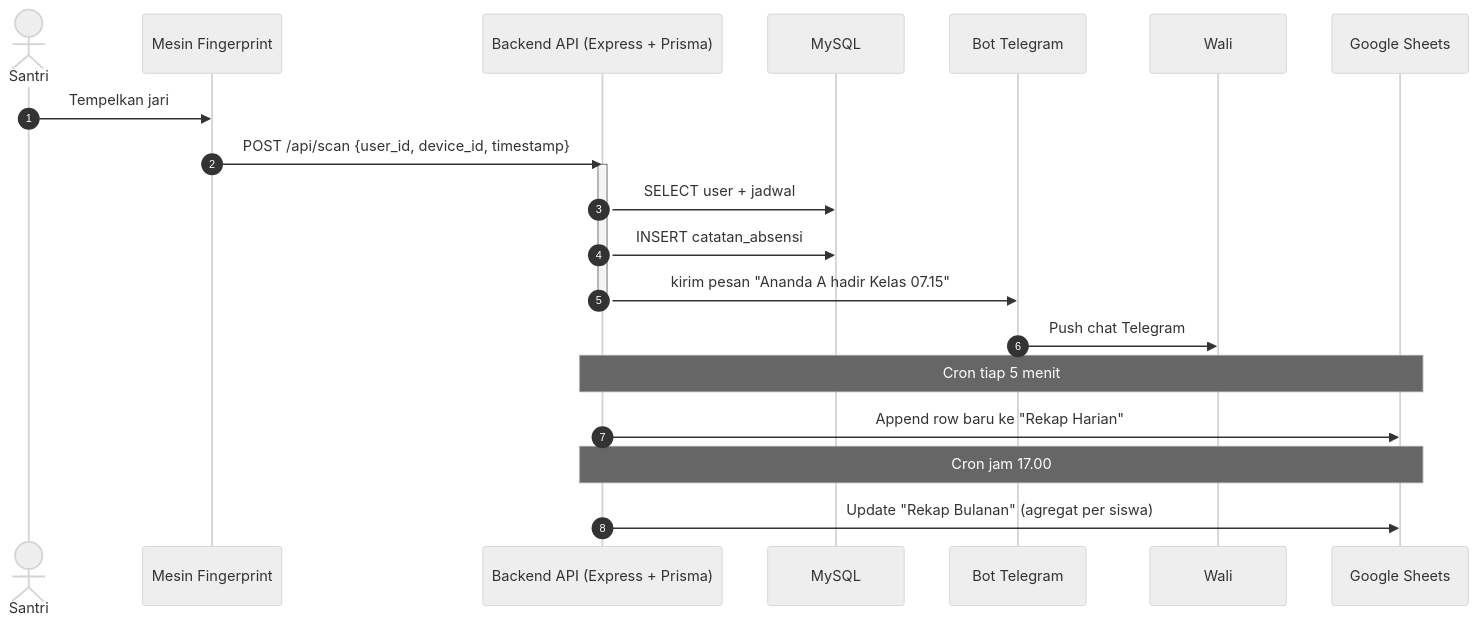
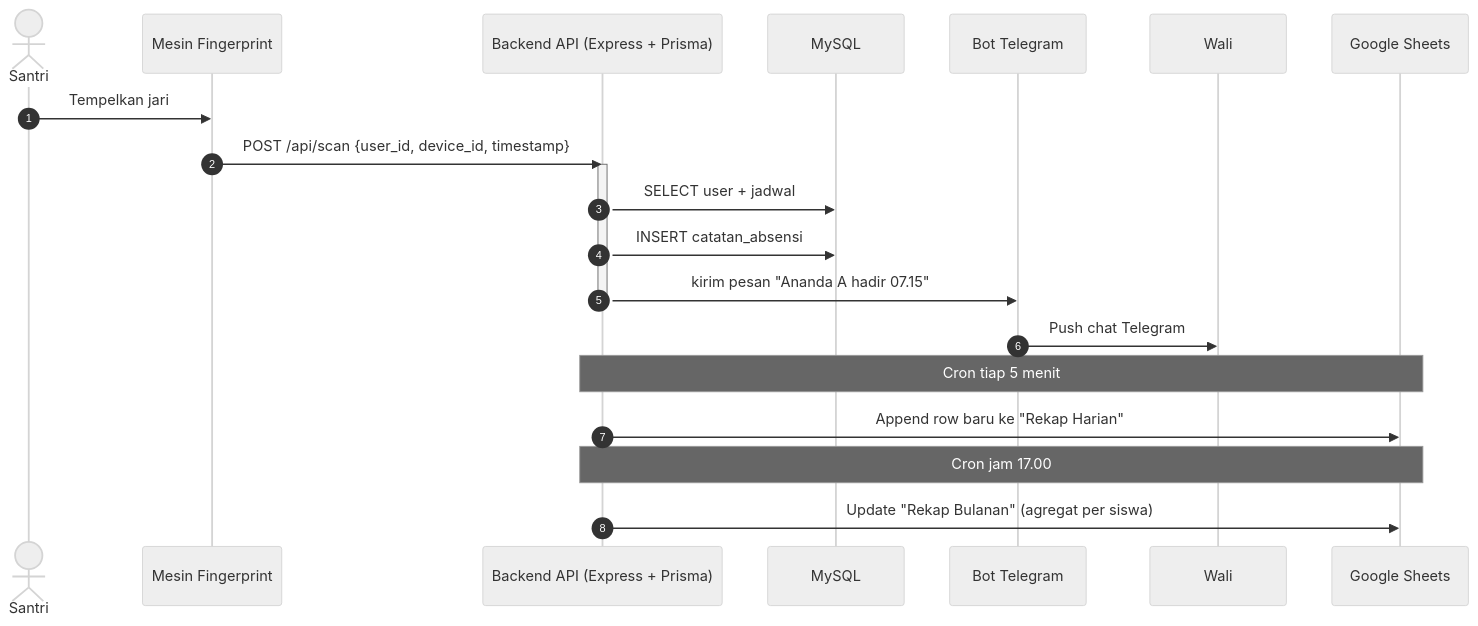
Before and after one commit to RaiKanaeru/ai-agents-vault: the seventh of 20 diagrams in 20-Projects/01-absensi-finger/04-MULTI-CONCEPT-5-SCHEMAS.md, drawn with Mermaid (neutral theme). The commit also changed other lines of this file and 4 other files, not shown here.

````diff
--- a/20-Projects/01-absensi-finger/04-MULTI-CONCEPT-5-SCHEMAS.md
+++ b/20-Projects/01-absensi-finger/04-MULTI-CONCEPT-5-SCHEMAS.md
@@ -289,27 +289,27 @@
 ```mermaid
 sequenceDiagram
     autonumber
     actor S as Santri
     participant FP as Mesin Fingerprint
     participant API as Backend API (Express + Prisma)
     participant DB as MySQL
     participant TG as Bot Telegram
     participant W as Wali
     participant SH as Google Sheets
 
     S->>FP: Tempelkan jari
     FP->>API: POST /api/scan {user_id, device_id, timestamp}
     activate API
     API->>DB: SELECT user + jadwal
     API->>DB: INSERT catatan_absensi
-    API->>TG: kirim pesan "Ananda A hadir Kelas 07.15"
+    API->>TG: kirim pesan "Ananda A hadir 07.15"
     deactivate API
 
     TG->>W: Push chat Telegram
 
     Note over API,SH: Cron tiap 5 menit
     API->>SH: Append row baru ke "Rekap Harian"
 
     Note over API,SH: Cron jam 17.00
     API->>SH: Update "Rekap Bulanan" (agregat per siswa)
 ```
````
